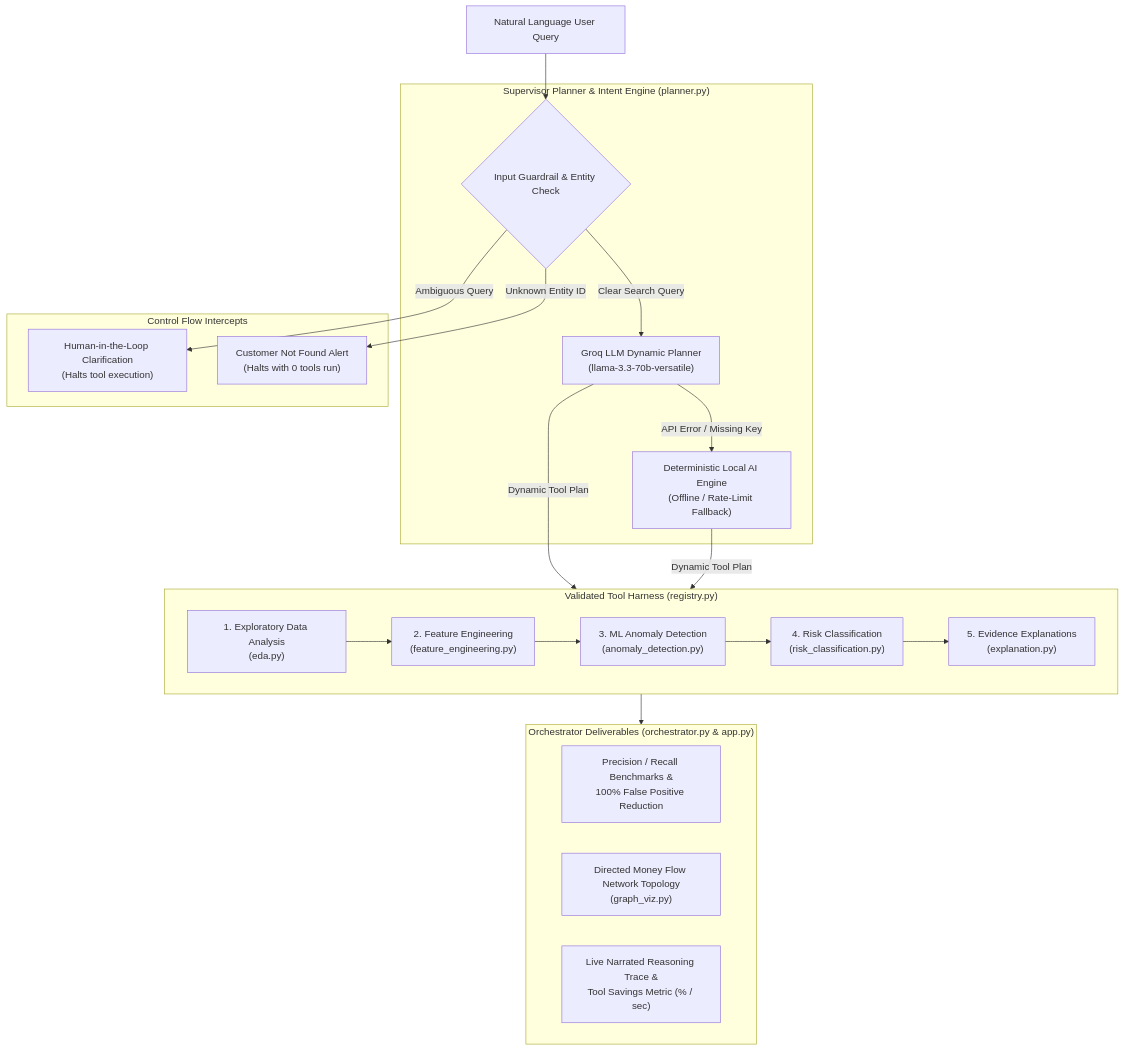
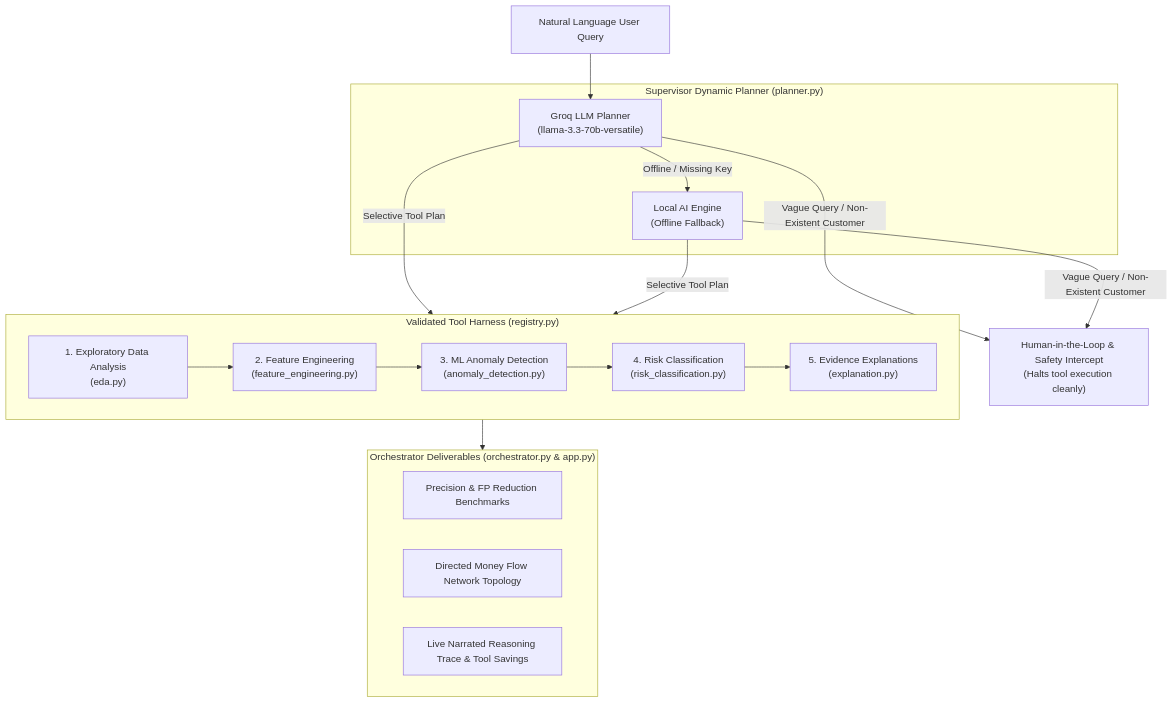
Before and after one commit to Arvind007m/aml-suspicious-activity-agent: the diagram in README.md, drawn with Mermaid. The commit also changed other lines of this file, not shown here.

Commit message:
Update architecture diagram

````diff
--- a/README.md
+++ b/README.md
@@ -34,46 +34,41 @@
 ```mermaid
 graph TD
     UserQuery["Natural Language User Query"]
     
-    subgraph Planner ["Supervisor Planner & Intent Engine (planner.py)"]
-        GuardCheck{"Input Guardrail & Entity Check"}
-        GroqLLM["Groq LLM Dynamic Planner<br/>(llama-3.3-70b-versatile)"]
-        LocalAI["Deterministic Local AI Engine<br/>(Offline / Rate-Limit Fallback)"]
+    subgraph Planner ["Supervisor Dynamic Planner (planner.py)"]
+        GroqLLM["Groq LLM Planner<br/>(llama-3.3-70b-versatile)"]
+        LocalAI["Local AI Engine<br/>(Offline Fallback)"]
     end
     
-    subgraph ControlGuards ["Control Flow Intercepts"]
-        Clarify["Human-in-the-Loop Clarification<br/>(Halts tool execution)"]
-        CustNotFound["Customer Not Found Alert<br/>(Halts with 0 tools run)"]
-    end
+    EarlyExit["Human-in-the-Loop & Safety Intercept<br/>(Halts tool execution cleanly)"]
     
     subgraph ToolPipeline ["Validated Tool Harness (registry.py)"]
         EDA["1. Exploratory Data Analysis<br/>(eda.py)"]
         FE["2. Feature Engineering<br/>(feature_engineering.py)"]
         Anomaly["3. ML Anomaly Detection<br/>(anomaly_detection.py)"]
         Risk["4. Risk Classification<br/>(risk_classification.py)"]
         Explain["5. Evidence Explanations<br/>(explanation.py)"]
     end
     
     subgraph Deliverables ["Orchestrator Deliverables (orchestrator.py & app.py)"]
-        Metrics["Precision / Recall Benchmarks &<br/>100% False Positive Reduction"]
-        GraphViz["Directed Money Flow Network Topology<br/>(graph_viz.py)"]
-        Trace["Live Narrated Reasoning Trace &<br/>Tool Savings Metric (% / sec)"]
+        Metrics["Precision & FP Reduction Benchmarks"]
+        GraphViz["Directed Money Flow Network Topology"]
+        Trace["Live Narrated Reasoning Trace & Tool Savings"]
     end
 
-    UserQuery --> GuardCheck
-    GuardCheck -->|"Clear Search Query"| GroqLLM
-    GroqLLM -->|"API Error / Missing Key"| LocalAI
+    UserQuery --> GroqLLM
+    GroqLLM -->|"Offline / Missing Key"| LocalAI
     
-    GuardCheck -->|"Ambiguous Query"| Clarify
-    GuardCheck -->|"Unknown Entity ID"| CustNotFound
+    GroqLLM -->|"Vague Query / Non-Existent Customer"| EarlyExit
+    LocalAI -->|"Vague Query / Non-Existent Customer"| EarlyExit
     
-    GroqLLM -->|"Dynamic Tool Plan"| ToolPipeline
-    LocalAI -->|"Dynamic Tool Plan"| ToolPipeline
+    GroqLLM -->|"Selective Tool Plan"| ToolPipeline
+    LocalAI -->|"Selective Tool Plan"| ToolPipeline
     
     EDA --> FE
     FE --> Anomaly
     Anomaly --> Risk
     Risk --> Explain
     
     ToolPipeline --> Deliverables
 ```
````
